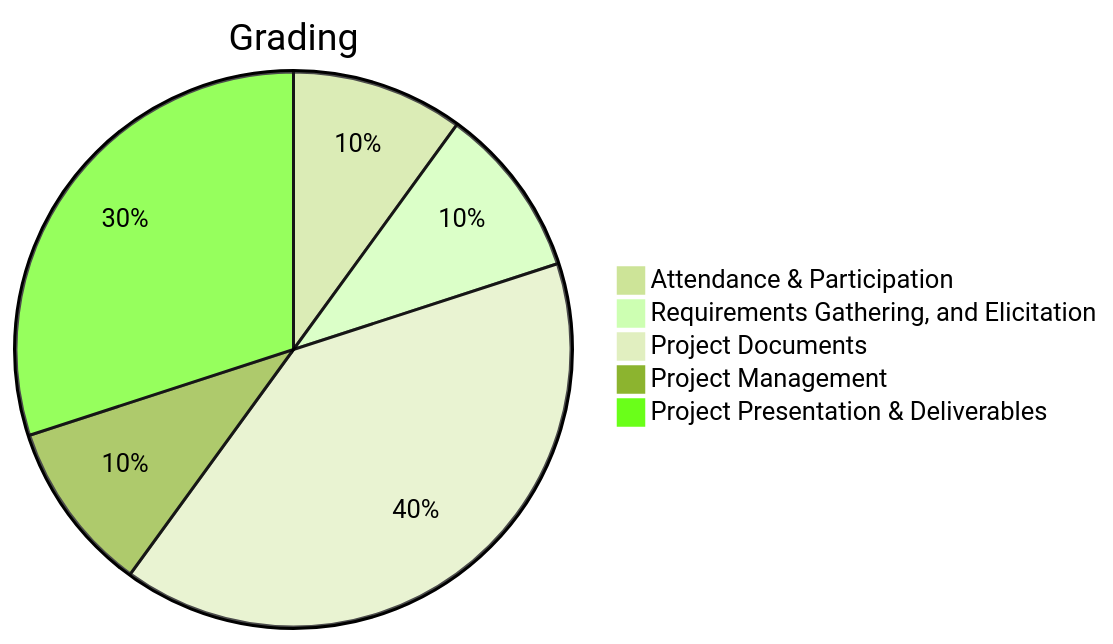
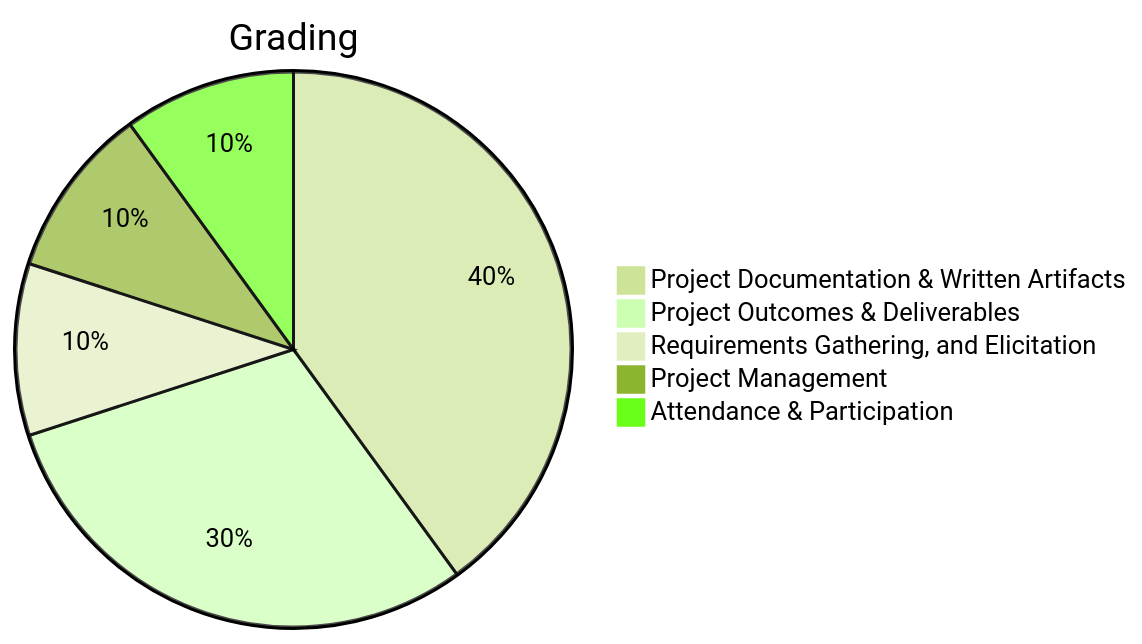
The diagram in documentation/syllabus/grading-evaluation.mdx (ApplebaumIan/projects-in-computer-science), drawn with Mermaid (forest theme) before and after one commit. The commit also changed other lines of this file, not shown here.

Commit message:
Revise grading evaluation criteria and restructure sections for clarity

````diff
--- a/documentation/syllabus/grading-evaluation.mdx
+++ b/documentation/syllabus/grading-evaluation.mdx
@@ -14,8 +13,8 @@
-```mermaid
-pie title Grading
-"Attendance & Participation" : 10
-"Requirements Gathering, and Elicitation" : 10
-"Project Documents" : 40
-"Project Management": 10
-"Project Presentation & Deliverables": 30
-```
+    ```mermaid
+    pie title Grading
+    "Project Documentation & Written Artifacts" : 40
+    "Project Outcomes & Deliverables": 30
+    "Requirements Gathering, and Elicitation" : 10
+    "Project Management": 10
+    "Attendance & Participation" : 10
+    ```
````
